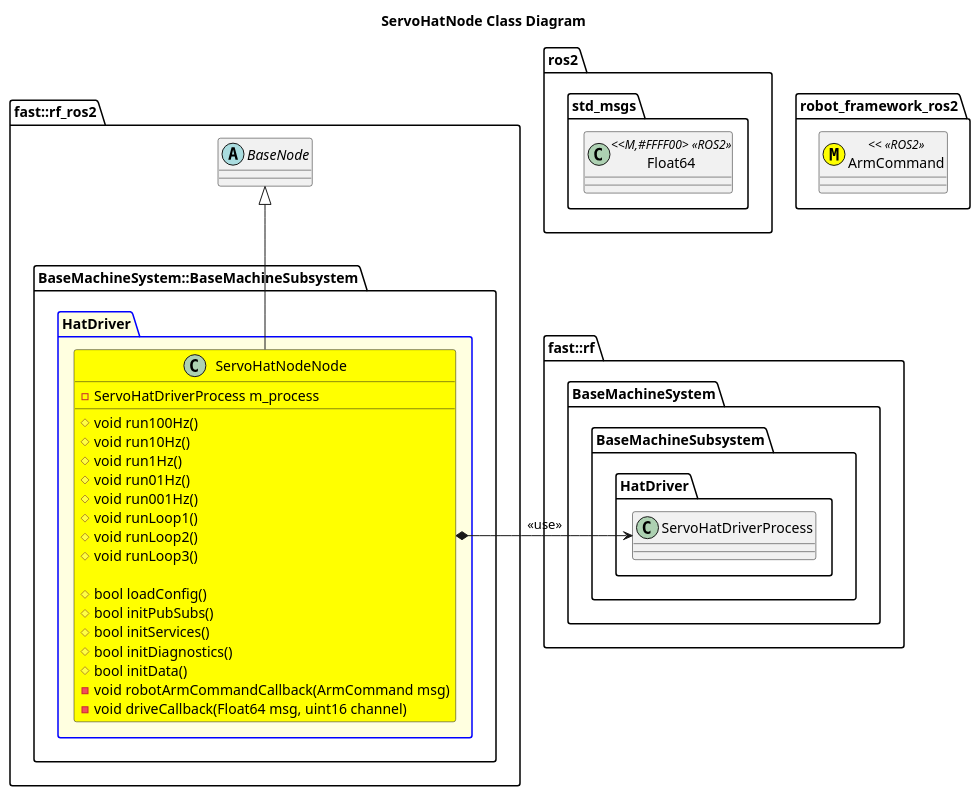
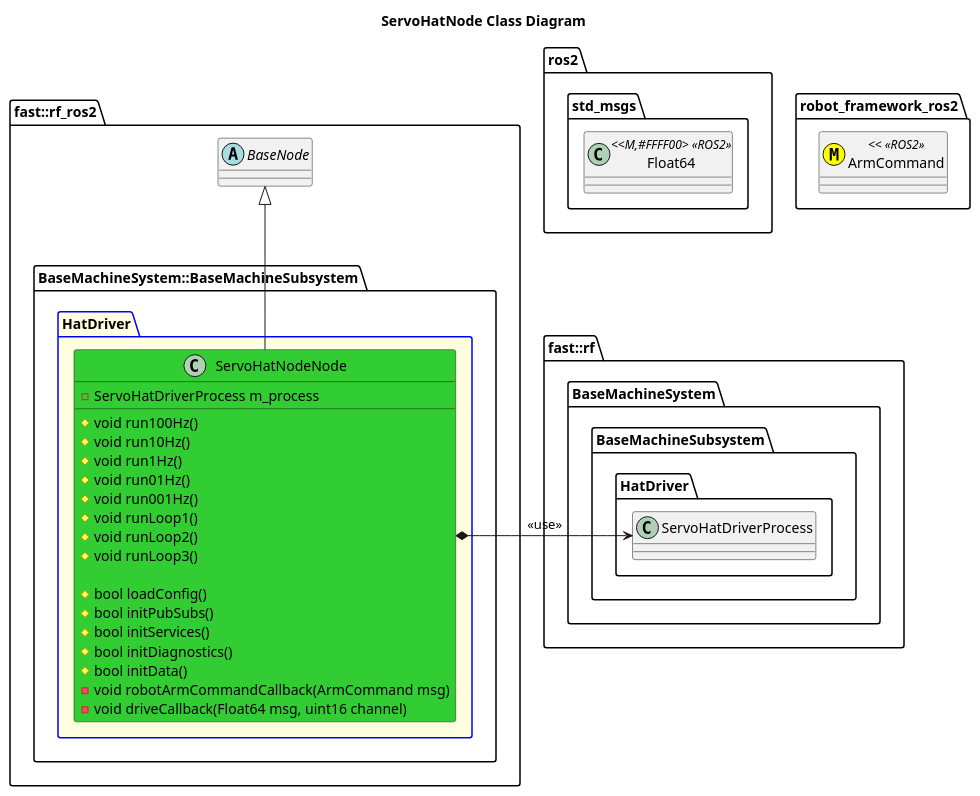
The diagram in Systems/BaseMachine/Subsystems/BaseMachine/Nodes/ServoHatNode/doc/puml/ServoHatNodeClassDiagram.puml (fastrobotics/robot_framework_ros2), drawn with PlantUML before and after one commit. The commit also changed 9 other files, not shown here.

```diff
--- a/Systems/BaseMachine/Subsystems/BaseMachine/Nodes/ServoHatNode/doc/puml/ServoHatNodeClassDiagram.puml
+++ b/Systems/BaseMachine/Subsystems/BaseMachine/Nodes/ServoHatNode/doc/puml/ServoHatNodeClassDiagram.puml
@@ -2,51 +2,51 @@
 @startuml
 title ServoHatNode Class Diagram
 namespace ros2 {
     namespace std_msgs {
         class Float64 <<M,#FFFF00> <<ROS2>>
     }
 }
 namespace robot_framework_ros2 {
     class ArmCommand <<(M,#FFFF00) <<ROS2>>
 }
 namespace fast::rf {
     namespace BaseMachineSystem {
         namespace BaseMachineSubsystem {
             namespace HatDriver {
                 class ServoHatDriverProcess
             }
         }
     }
 }
 namespace fast::rf_ros2 { 
     abstract BaseNode {
 
     }
     namespace BaseMachineSystem::BaseMachineSubsystem {
         package HatDriver #LightYellow;line:blue  {
-            class ServoHatNodeNode #Yellow {
+            class ServoHatNodeNode #LimeGreen {
                 #void run100Hz()
                 #void run10Hz()
                 #void run1Hz()
                 #void run01Hz()
                 #void run001Hz()
                 #void runLoop1()
                 #void runLoop2()
                 #void runLoop3()
 
                 #bool loadConfig()
                 #bool initPubSubs()
                 #bool initServices()
                 #bool initDiagnostics()
                 #bool initData()
                 -void robotArmCommandCallback(ArmCommand msg)
                 -void driveCallback(Float64 msg, uint16 channel)
                 -ServoHatDriverProcess m_process
             }
             ServoHatNodeNode -up-|> BaseNode
             ServoHatNodeNode *-right-> ServoHatDriverProcess: <<use>>
         }
     }
 }
 
 @enduml
```
